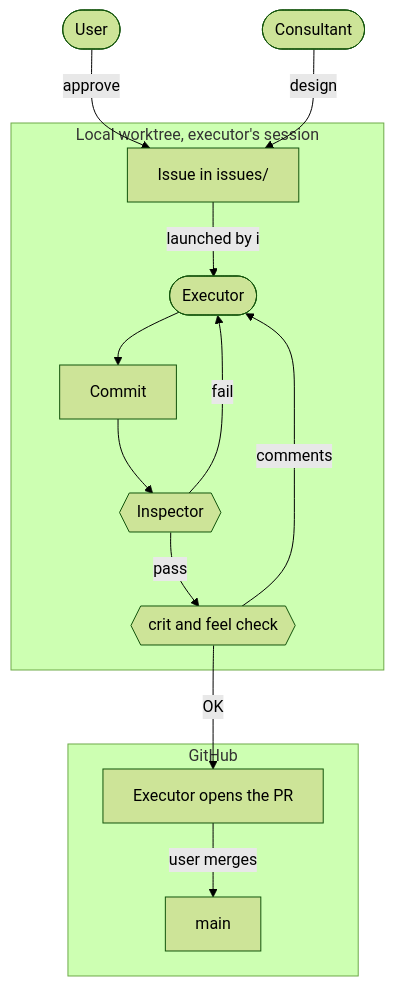
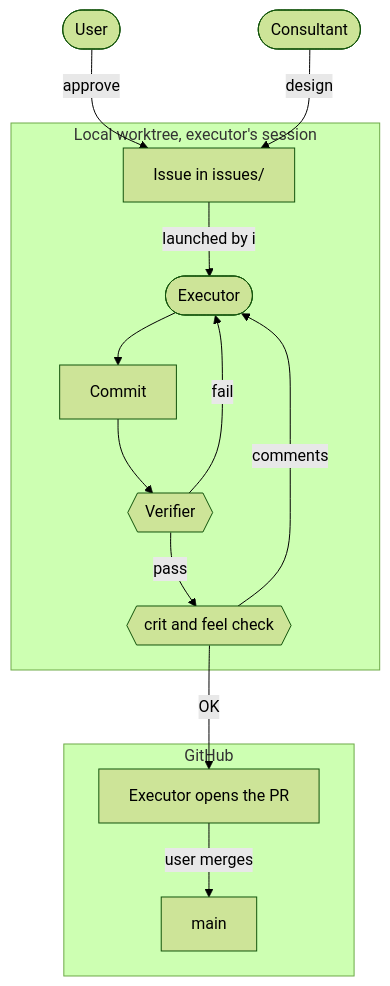
The diagram in README.en.md (yktsnet/dotfiles-public), drawn with Mermaid (forest theme) before and after one commit. The commit also changed other lines of this file and 9 other files, not shown here.

````diff
--- a/README.en.md
+++ b/README.en.md
@@ -61,17 +61,17 @@
 ```mermaid
 flowchart TD
     U([User]) -->|approve| I[Issue in issues/]
     C([Consultant]) -->|design| I
     subgraph local [Local worktree, executor's session]
         I -->|launched by i| E([Executor])
         E --> L[Commit]
-        L --> J{{Inspector}}
+        L --> J{{Verifier}}
         J -->|fail| E
         J -->|pass| V{{crit and feel check}}
         V -->|comments| E
     end
     V -->|OK| P
     subgraph remote [GitHub]
         P[Executor opens the PR] -->|user merges| M[main]
     end
 ```
````
